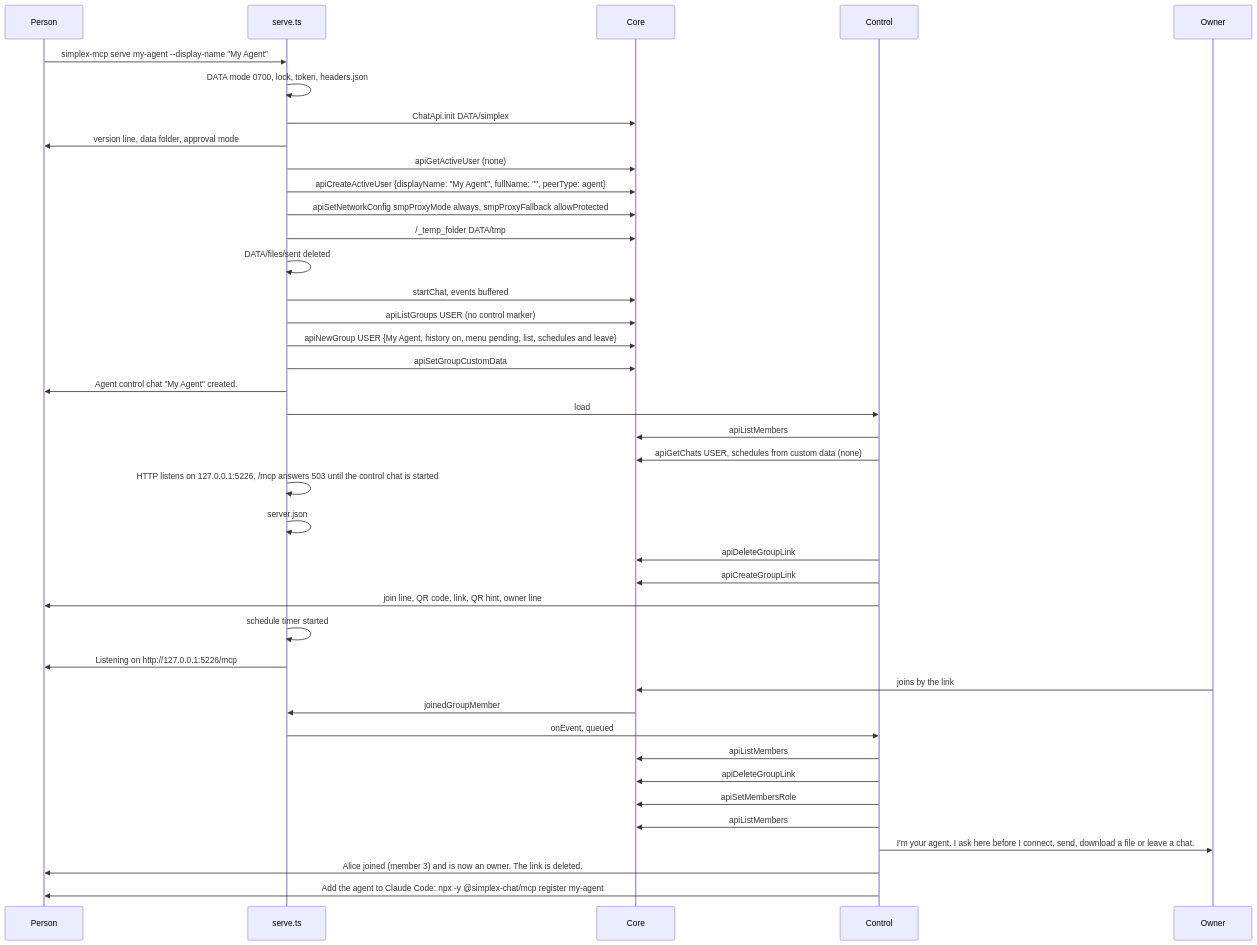
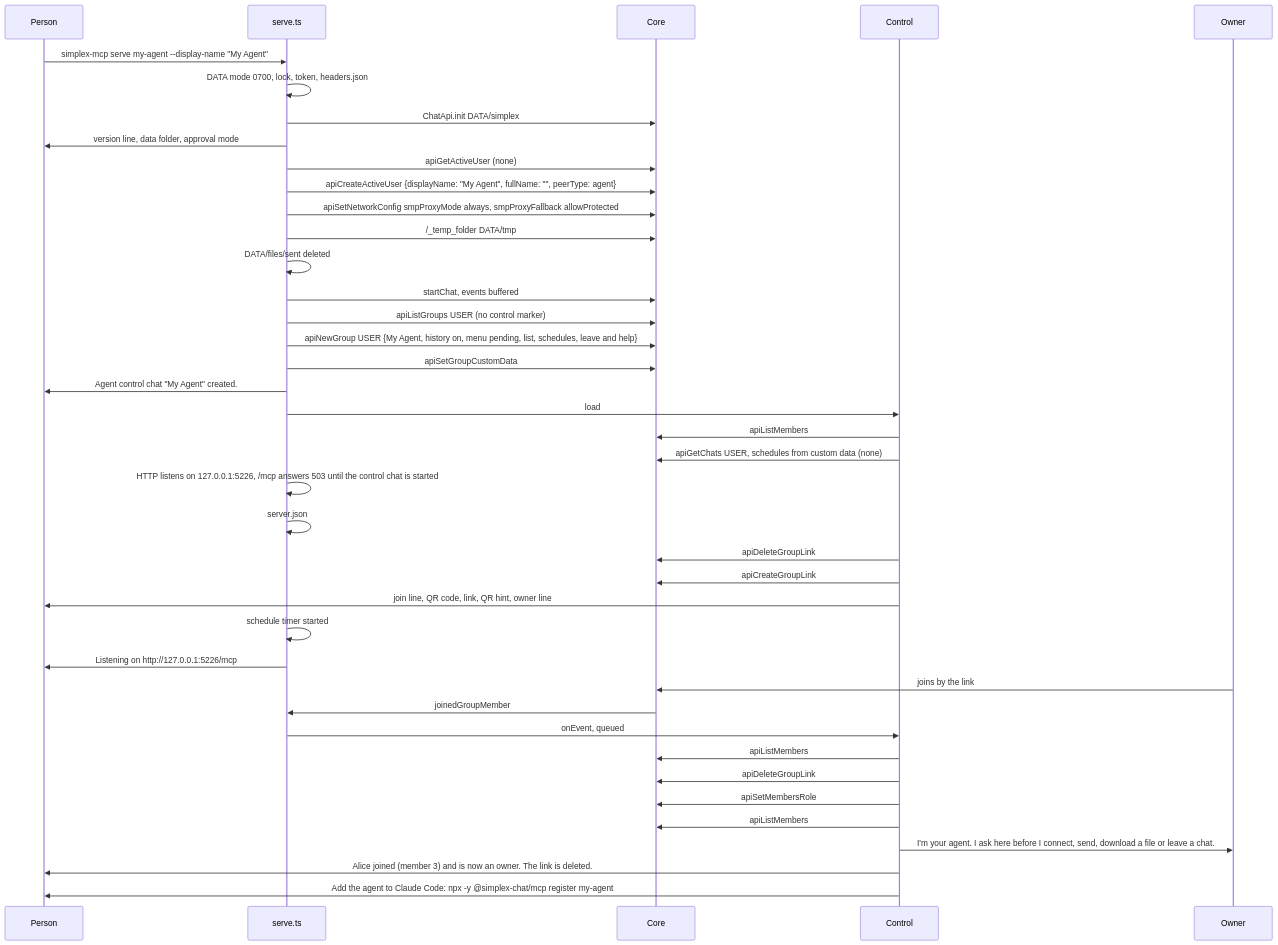
One commit to simplex-chat/simplex-chat changed the first of 17 diagrams in packages/simplex-chat-mcp/spec/flows.md. Above: the diagram before and after it, drawn with Mermaid. The commit also changed other lines of this file and 7 other files, not shown here.

Commit message:
docs: /help in the agent control chat

````diff
--- a/packages/simplex-chat-mcp/spec/flows.md
+++ b/packages/simplex-chat-mcp/spec/flows.md
@@ -49,42 +49,42 @@
 ```mermaid
 sequenceDiagram
   participant P as Person
   participant S as serve.ts
   participant C as Core
   participant K as Control
   participant O as Owner
   P->>S: simplex-mcp serve my-agent --display-name "My Agent"
   S->>S: DATA mode 0700, lock, token, headers.json
   S->>C: ChatApi.init DATA/simplex
   S->>P: version line, data folder, approval mode
   S->>C: apiGetActiveUser (none)
   S->>C: apiCreateActiveUser {displayName: "My Agent", fullName: "", peerType: agent}
   S->>C: apiSetNetworkConfig smpProxyMode always, smpProxyFallback allowProtected
   S->>C: /_temp_folder DATA/tmp
   S->>S: DATA/files/sent deleted
   S->>C: startChat, events buffered
   S->>C: apiListGroups USER (no control marker)
-  S->>C: apiNewGroup USER {My Agent, history on, menu pending, list, schedules and leave}
+  S->>C: apiNewGroup USER {My Agent, history on, menu pending, list, schedules, leave and help}
   S->>C: apiSetGroupCustomData #G {"simplexMcp":{"control":true,"nextAction":1}}
   S->>P: Agent control chat "My Agent" created.
   S->>K: load
   K->>C: apiListMembers #G
   K->>C: apiGetChats USER, schedules from custom data (none)
   S->>S: HTTP listens on 127.0.0.1:5226, /mcp answers 503 until the control chat is started
   S->>S: server.json
   K->>C: apiDeleteGroupLink #G (groupLinkNotFound ignored)
   K->>C: apiCreateGroupLink #G member
   K->>P: join line, QR code, link, QR hint, owner line
   S->>S: schedule timer started
   S->>P: Listening on http://127.0.0.1:5226/mcp
   O->>C: joins by the link
   C->>S: joinedGroupMember
   S->>K: onEvent, queued
   K->>C: apiListMembers #G
   K->>C: apiDeleteGroupLink #G
   K->>C: apiSetMembersRole #G [3] owner
   K->>C: apiListMembers #G
   K->>O: I'm your agent. I ask here before I connect, send, download a file or leave a chat.
   K->>P: Alice joined (member 3) and is now an owner. The link is deleted.
   K->>P: Add the agent to Claude Code: npx -y @simplex-chat/mcp register my-agent
 ```
````
